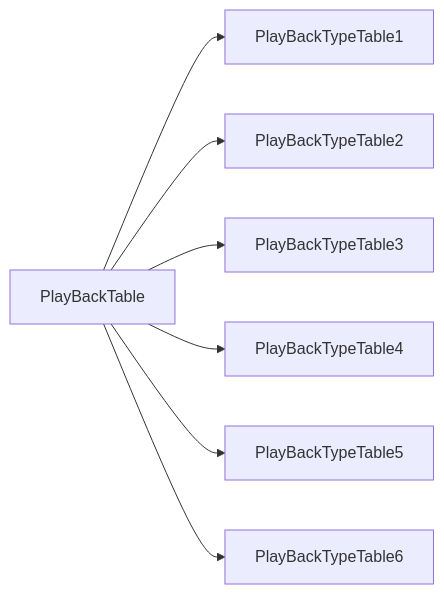
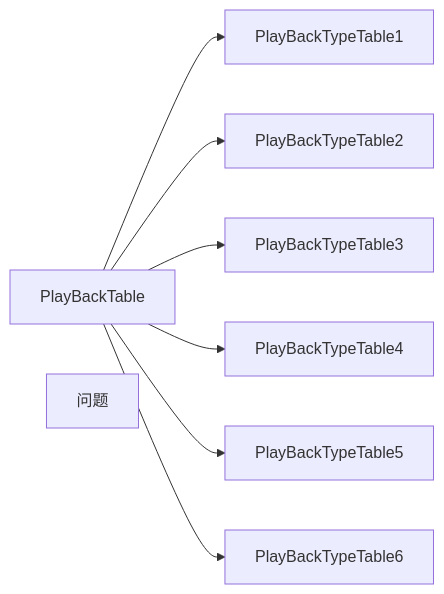
The ninth of 9 diagrams in 项目思路图/日志回放/日志回放开发流程.md (MagnetoWang/ideas-I-guess), drawn with Mermaid before and after one commit. The commit also changed other lines of this file, not shown here.

````diff
--- a/项目思路图/日志回放/日志回放开发流程.md
+++ b/项目思路图/日志回放/日志回放开发流程.md
@@ -186,15 +192,15 @@
 ```mermaid
 graph LR
 PlayBackTable
 
 
 
 PlayBackTable-->PlayBackTypeTable1
 PlayBackTable-->PlayBackTypeTable2
 PlayBackTable-->PlayBackTypeTable3
 PlayBackTable-->PlayBackTypeTable4
 PlayBackTable-->PlayBackTypeTable5
 PlayBackTable-->PlayBackTypeTable6
 
-
+问题
 ```
````
